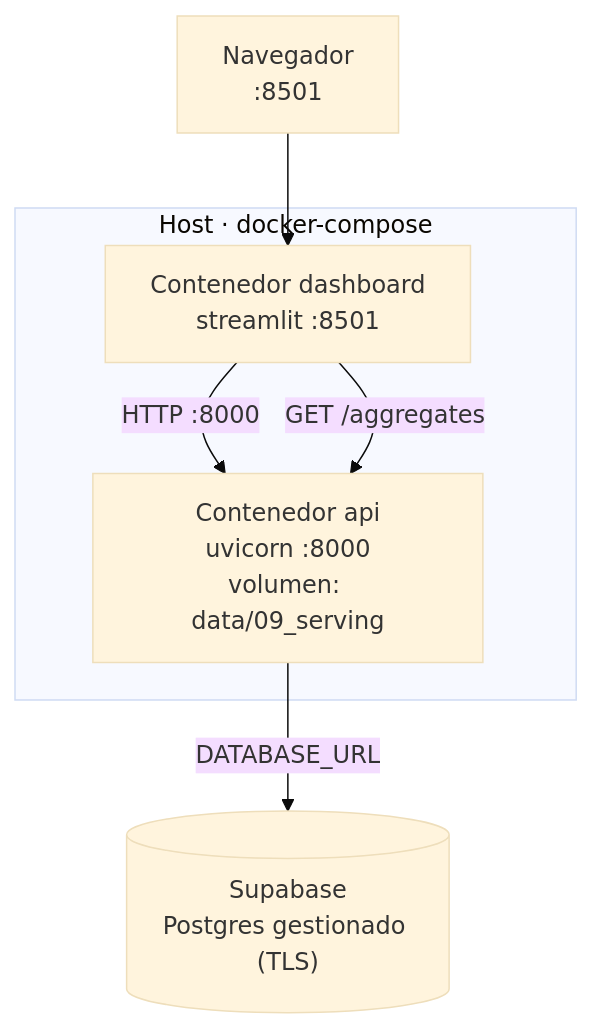
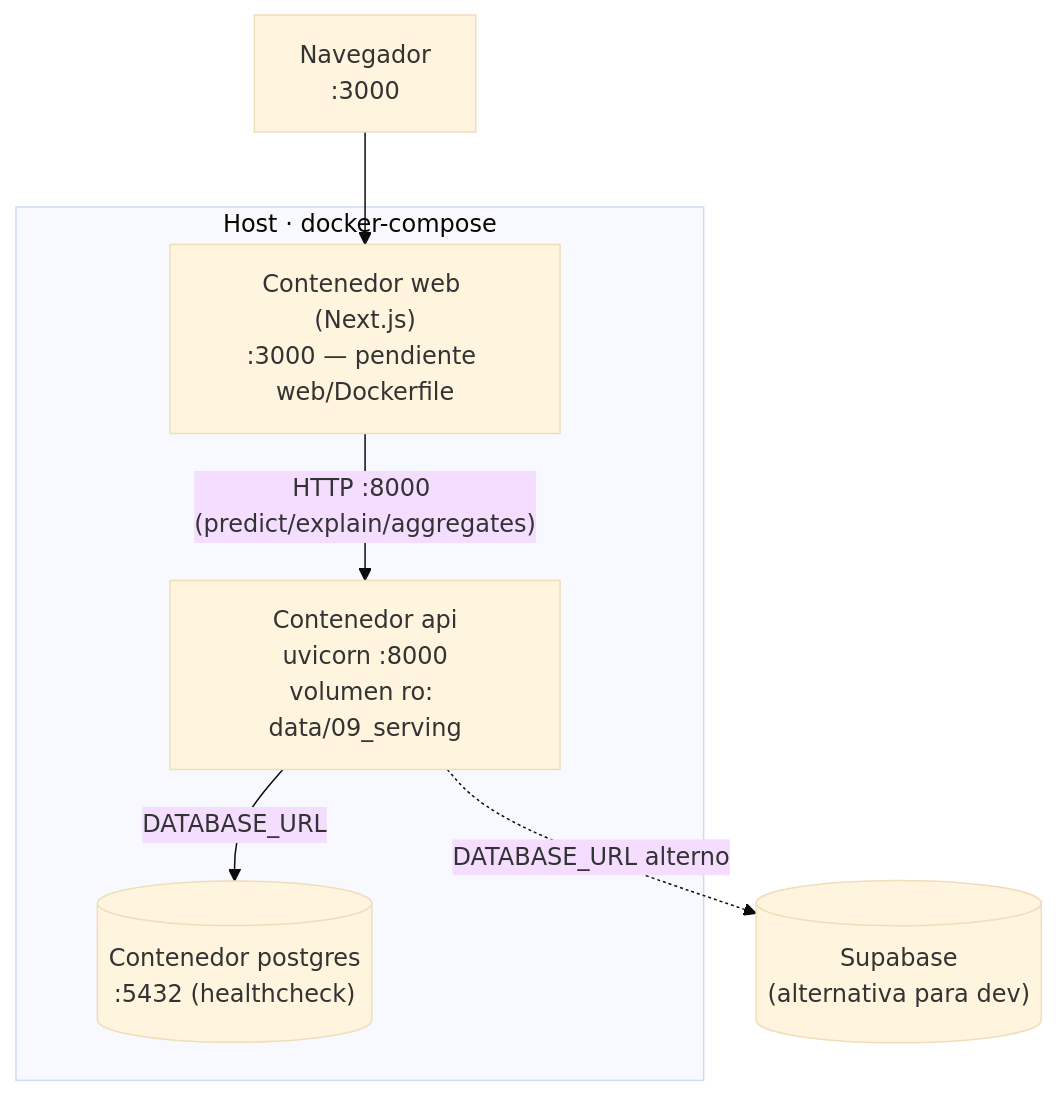
The diagram in docs/despliegue.md (Unknumb/ev3_nanhes), drawn with Mermaid (base theme) before and after one commit. The commit also changed other lines of this file and 4 other files, not shown here.

First line of the commit message:
docs: model card + actualizar deploy/arquitectura a la realidad (modelo real, Makefile, Next.js, Postgres)

````diff
--- a/docs/despliegue.md
+++ b/docs/despliegue.md
@@ -7,14 +8,15 @@
 ```mermaid
 flowchart TB
-    USER["Navegador<br/>:8501"]
+    USER["Navegador<br/>:3000"]
     subgraph HOST["Host · docker-compose"]
-        DASHC["Contenedor dashboard<br/>streamlit :8501"]
-        APIC["Contenedor api<br/>uvicorn :8000<br/>volumen: data/09_serving"]
+        WEB["Contenedor web (Next.js)<br/>:3000 — pendiente web/Dockerfile"]
+        APIC["Contenedor api<br/>uvicorn :8000<br/>volumen ro: data/09_serving"]
+        PG[("Contenedor postgres<br/>:5432 (healthcheck)")]
     end
-    SUPA[("Supabase<br/>Postgres gestionado (TLS)")]
+    SUPA[("Supabase<br/>(alternativa para dev)")]
 
-    USER --> DASHC
-    DASHC -->|"HTTP :8000"| APIC
-    DASHC -->|"GET /aggregates"| APIC
-    APIC -->|"DATABASE_URL"| SUPA
+    USER --> WEB
+    WEB -->|"HTTP :8000 (predict/explain/aggregates)"| APIC
+    APIC -->|"DATABASE_URL"| PG
+    APIC -. "DATABASE_URL alterno" .-> SUPA
 ```
````
